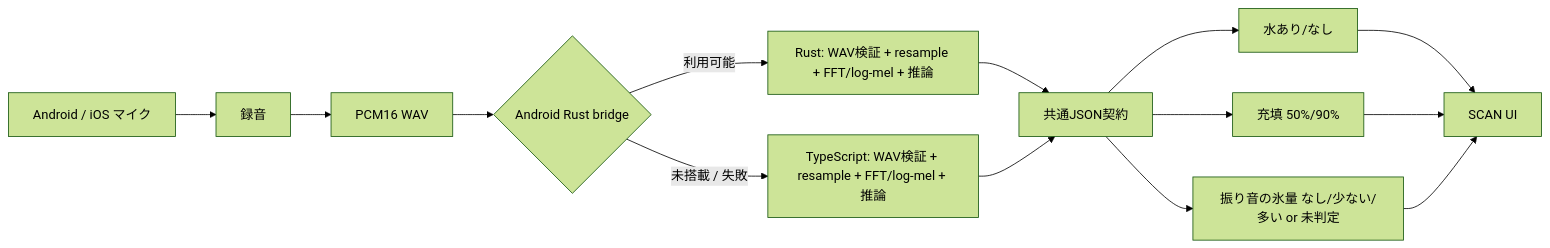
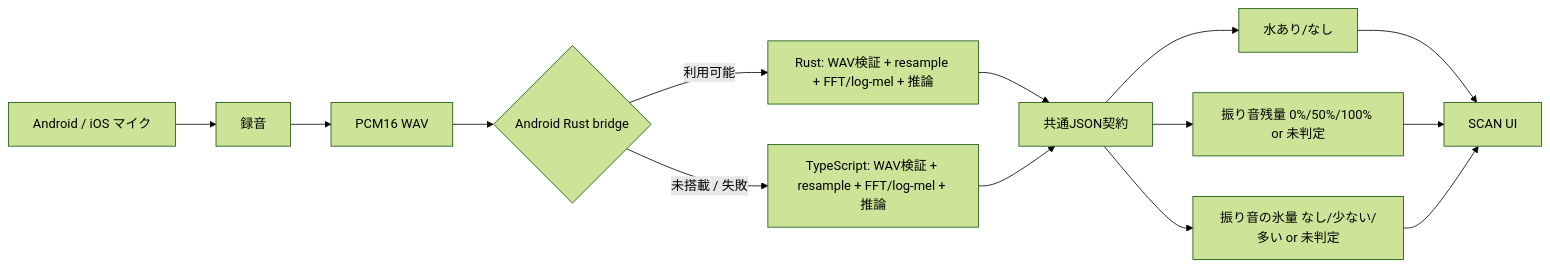
Before and after one commit to nitr0yukkuri/coldkeep: the first of 2 diagrams in U22_ARCHITECTURE.md, drawn with Mermaid (forest theme). The commit also changed other lines of this file and 16 other files, not shown here.

````diff
--- a/U22_ARCHITECTURE.md
+++ b/U22_ARCHITECTURE.md
@@ -5,16 +5,16 @@
 ```mermaid
 flowchart LR
   A[Android / iOS マイク] --> B[録音]
   B --> C[PCM16 WAV]
   C --> D{Android Rust bridge}
   D -->|利用可能| E[Rust: WAV検証 + resample + FFT/log-mel + 推論]
   D -->|未搭載 / 失敗| F[TypeScript: WAV検証 + resample + FFT/log-mel + 推論]
   E --> G[共通JSON契約]
   F --> G
   G --> H[水あり/なし]
-  G --> I[充填 50%/90%]
+  G --> I[振り音残量 0%/50%/100% or 未判定]
   G --> J[振り音の氷量 なし/少ない/多い or 未判定]
   H --> K[SCAN UI]
   I --> K
   J --> K
 ```
````
